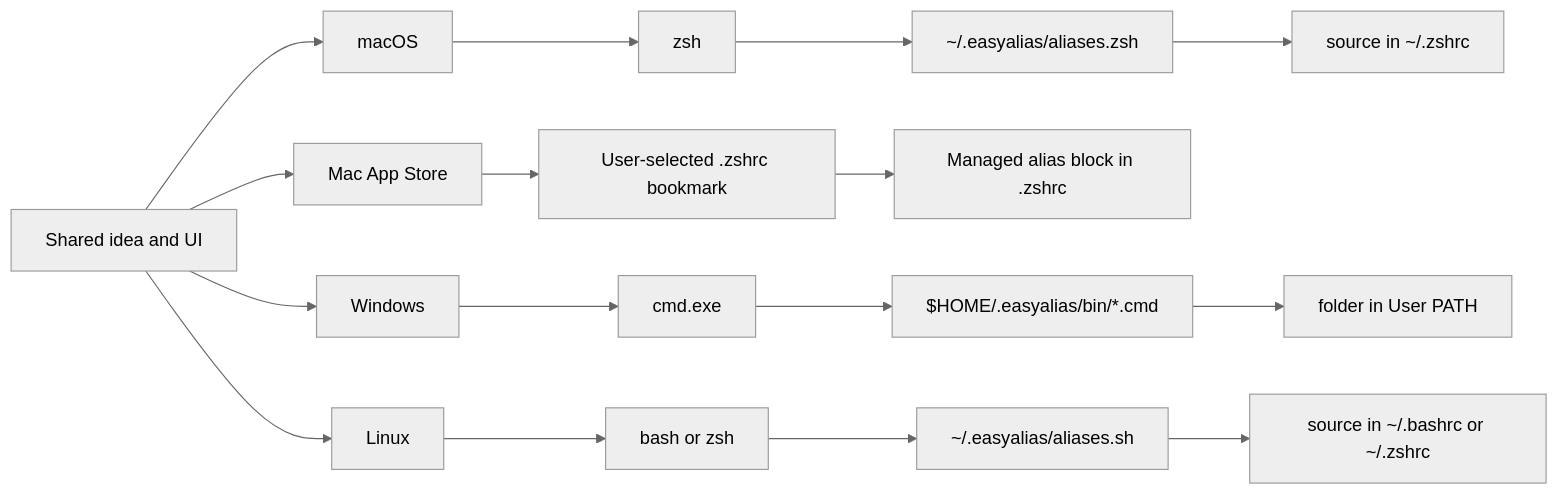
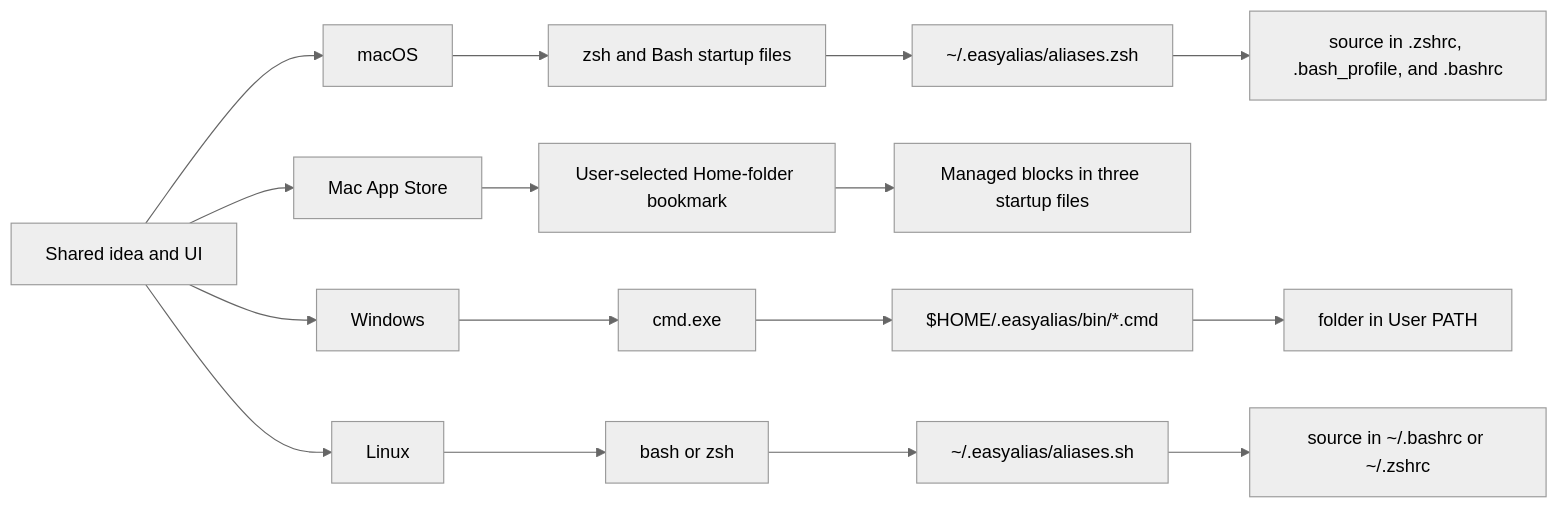
Before and after one commit to hannesgnann-hub/easyalias: the fourth of 7 diagrams in README.md, drawn with Mermaid (neutral theme). The commit also changed other lines of this file and 11 other files, not shown here.

````diff
--- a/README.md
+++ b/README.md
@@ -433,23 +415,23 @@
 ```mermaid
 flowchart LR
   Shared["Shared idea and UI"]
   Shared --> Mac["macOS"]
   Shared --> MacStore["Mac App Store"]
   Shared --> Win["Windows"]
   Shared --> Linux["Linux"]
 
-  Mac --> Zsh["zsh"]
-  Zsh --> ZshFile["~/.easyalias/aliases.zsh"]
-  ZshFile --> Zshrc["source in ~/.zshrc"]
+  Mac --> MacShell["zsh and Bash startup files"]
+  MacShell --> ZshFile["~/.easyalias/aliases.zsh"]
+  ZshFile --> MacStartup["source in .zshrc, .bash_profile, and .bashrc"]
 
-  MacStore --> Bookmark["User-selected .zshrc bookmark"]
-  Bookmark --> ManagedBlock["Managed alias block in .zshrc"]
+  MacStore --> Bookmark["User-selected Home-folder bookmark"]
+  Bookmark --> ManagedBlock["Managed blocks in three startup files"]
 
   Win --> Cmd["cmd.exe"]
   Cmd --> Bin["$HOME/.easyalias/bin/*.cmd"]
   Bin --> Path["folder in User PATH"]
 
   Linux --> Shell["bash or zsh"]
   Shell --> ShellFile["~/.easyalias/aliases.sh"]
   ShellFile --> ShellRc["source in ~/.bashrc or ~/.zshrc"]
 ```
````
